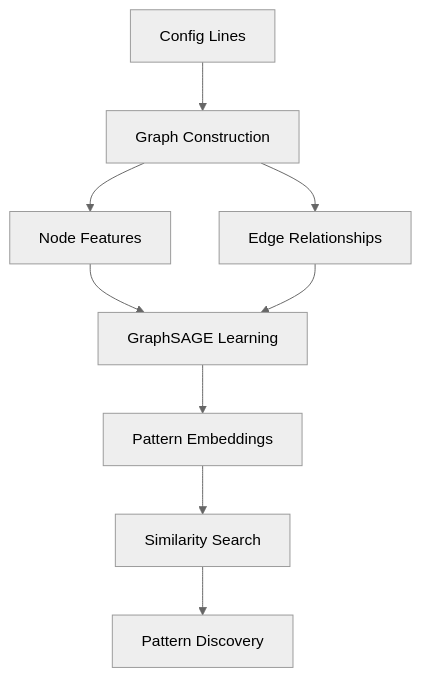
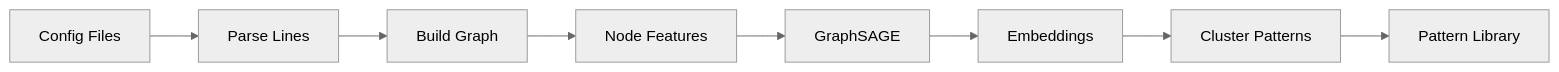
Before and after one commit to dipampaul17/protean: the first of 6 diagrams in README.md, drawn with Mermaid (neutral theme). The commit also changed other lines of this file and 42 other files, not shown here.

````diff
--- a/README.md
+++ b/README.md
@@ -70,11 +34,10 @@
 ```mermaid
-graph TD
-    A[Config Lines] --> B[Graph Construction]
-    B --> C[Node Features]
-    B --> D[Edge Relationships]
-    C --> E[GraphSAGE Learning]
-    D --> E
-    E --> F[Pattern Embeddings]
-    F --> G[Similarity Search]
-    G --> H[Pattern Discovery]
+graph LR
+    A[Config Files] --> B[Parse Lines]
+    B --> C[Build Graph]
+    C --> D[Node Features]
+    D --> E[GraphSAGE]
+    E --> F[Embeddings]
+    F --> G[Cluster Patterns]
+    G --> H[Pattern Library]
 ```
````
